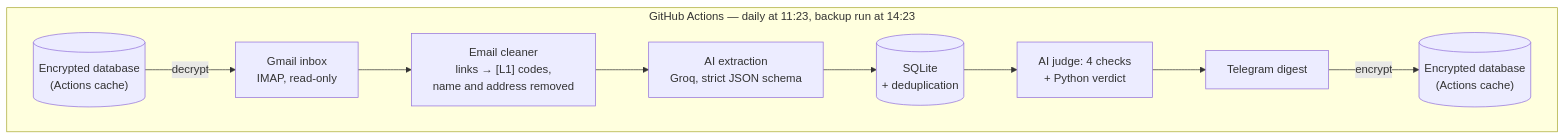
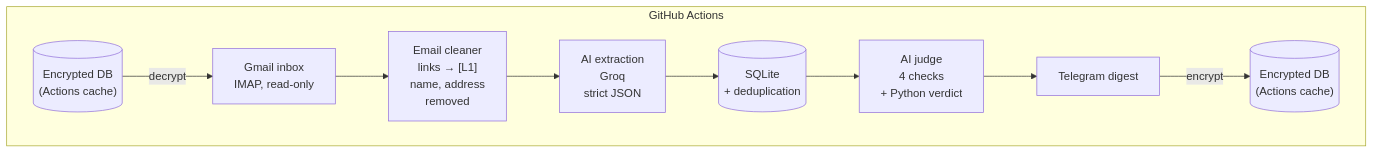
One commit to ammar-alsharai/job-radar-ai changed the diagram in README.md. Above: the diagram before and after it, drawn with Mermaid. The commit also changed other lines of this file, not shown here.

Commit message:
README: shorten diagram labels so GitHub doesn't clip them

````diff
--- a/README.md
+++ b/README.md
@@ -40,12 +40,12 @@
 ```mermaid
 flowchart TD
-    subgraph actions["GitHub Actions — daily at 11:23, backup run at 14:23"]
-        restore[("Encrypted database<br/>(Actions cache)")] -->|decrypt| gmail
-        gmail["Gmail inbox<br/>IMAP, read-only"] --> cleaner["Email cleaner<br/>links → [L1] codes,<br/>name and address removed"]
-        cleaner --> extract["AI extraction<br/>Groq, strict JSON schema"]
+    subgraph actions["GitHub Actions"]
+        restore[("Encrypted DB<br/>(Actions cache)")] -->|decrypt| gmail
+        gmail["Gmail inbox<br/>IMAP, read-only"] --> cleaner["Email cleaner<br/>links → [L1]<br/>name, address<br/>removed"]
+        cleaner --> extract["AI extraction<br/>Groq<br/>strict JSON"]
         extract --> db[("SQLite<br/>+ deduplication")]
-        db --> judge["AI judge: 4 checks<br/>+ Python verdict"]
+        db --> judge["AI judge<br/>4 checks<br/>+ Python verdict"]
         judge --> telegram["Telegram digest"]
-        telegram -->|encrypt| save[("Encrypted database<br/>(Actions cache)")]
+        telegram -->|encrypt| save[("Encrypted DB<br/>(Actions cache)")]
     end
 ```
````
